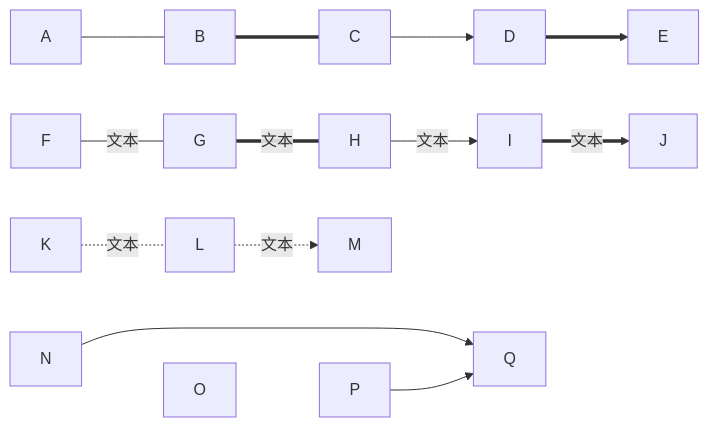
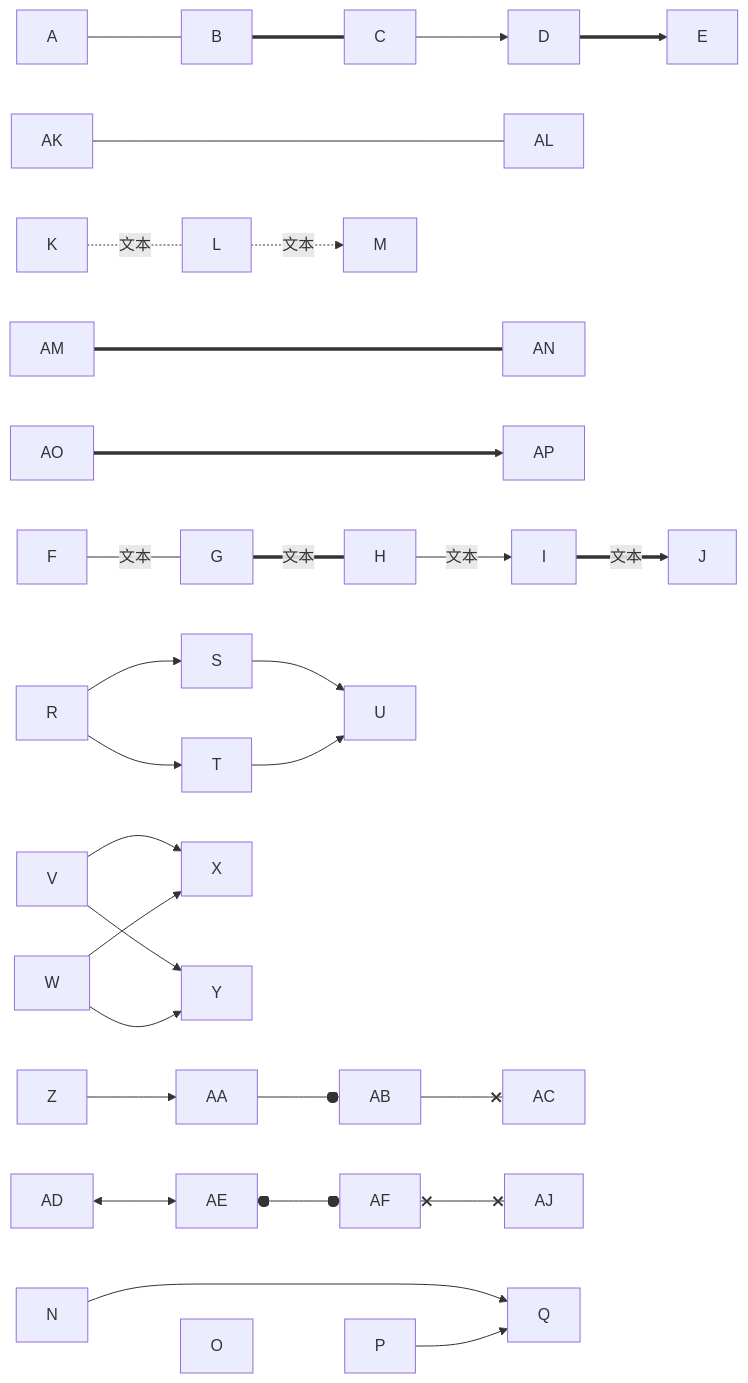
The sixth of 10 diagrams in _posts/2025-09-02-jekyll_plugin.md (liulong0125/liulong0125.github.io), drawn with Mermaid before and after one commit. The commit also changed other lines of this file and 5 other files, not shown here.

Commit message:
流程图

````diff
--- a/_posts/2025-09-02-jekyll_plugin.md
+++ b/_posts/2025-09-02-jekyll_plugin.md
@@ -239,12 +275,23 @@
 ```mermaid
 flowchart LR
 A --- B === C --> D ==> E
+
+AK ----- AL
+AM ===== AN
+AO ====> AP
 
 F -- 文本 --- G == 文本 === H -- 文本 --> I == 文本 ==> J
 
 K -. 文本 .- L -. 文本 .-> M
 
+Z --> AA --o AB --x AC
+
+AD <--> AE o--o AF x--x AJ
+
 N ~~~ O ~~~ P
 N --> Q
 P --> Q
+
+R --> S & T --> U
+V & W --> X & Y
 ```
````
